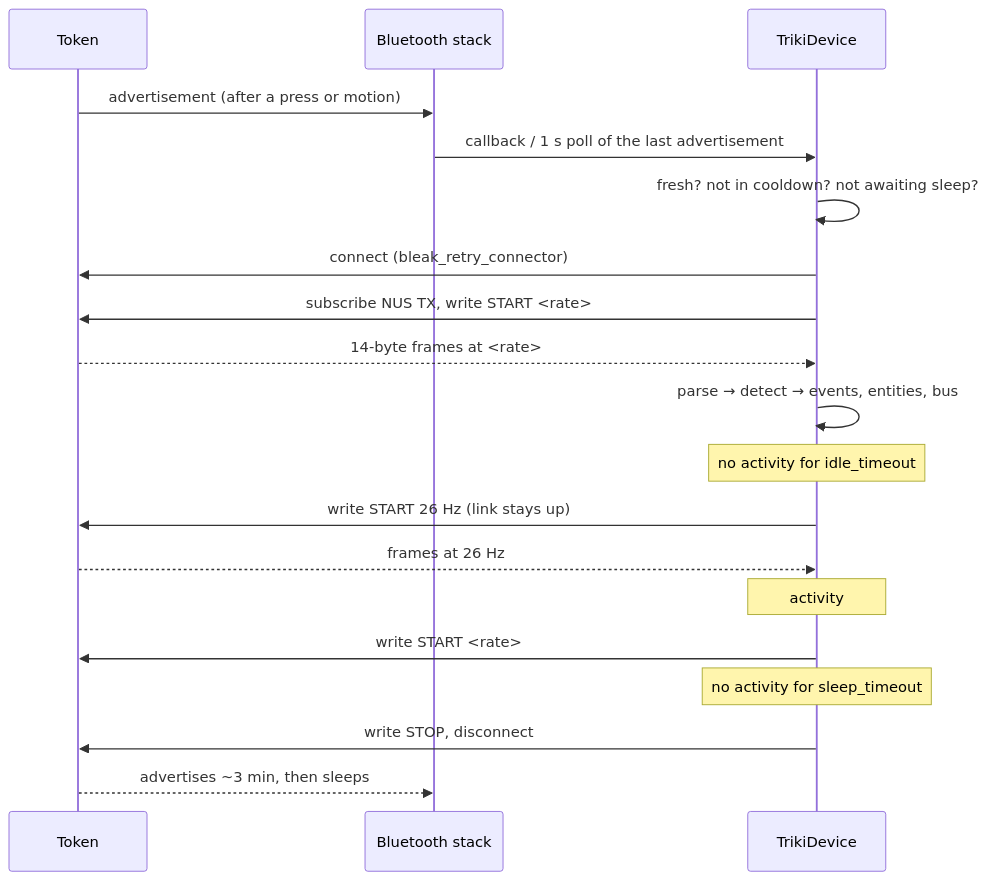
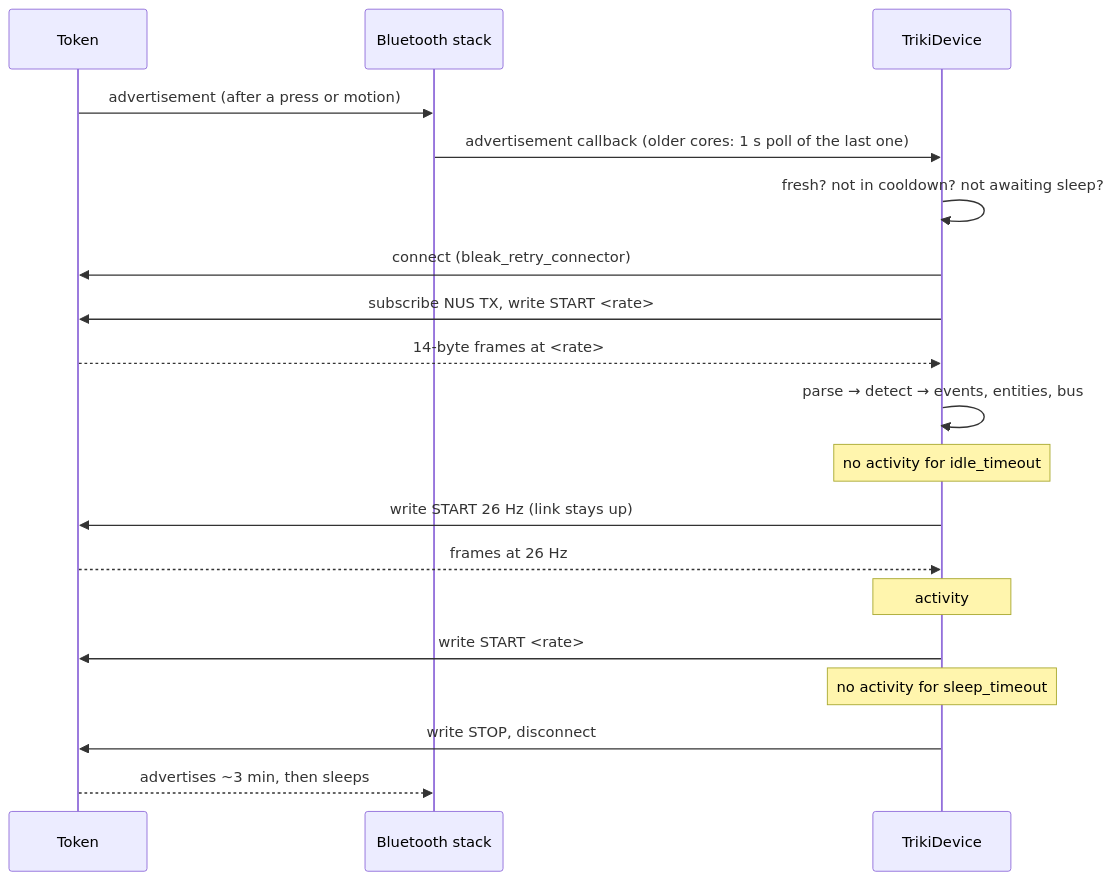
One commit to elenium3/ha-triki changed the second of 2 diagrams in docs/architecture.md. Above: the diagram before and after it, drawn with Mermaid. The commit also changed other lines of this file and 10 other files, not shown here.

````diff
--- a/docs/architecture.md
+++ b/docs/architecture.md
@@ -27,21 +27,21 @@
 ```mermaid
 sequenceDiagram
     participant T as Token
     participant HA as Bluetooth stack
     participant D as TrikiDevice
     T->>HA: advertisement (after a press or motion)
-    HA->>D: callback / 1 s poll of the last advertisement
+    HA->>D: advertisement callback (older cores: 1 s poll of the last one)
     D->>D: fresh? not in cooldown? not awaiting sleep?
     D->>T: connect (bleak_retry_connector)
     D->>T: subscribe NUS TX, write START <rate>
     T-->>D: 14-byte frames at <rate>
     D->>D: parse → detect → events, entities, bus
     Note over D: no activity for idle_timeout
     D->>T: write START 26 Hz (link stays up)
     T-->>D: frames at 26 Hz
     Note over D: activity
     D->>T: write START <rate>
     Note over D: no activity for sleep_timeout
     D->>T: write STOP, disconnect
     T-->>HA: advertises ~3 min, then sleeps
 ```
````
